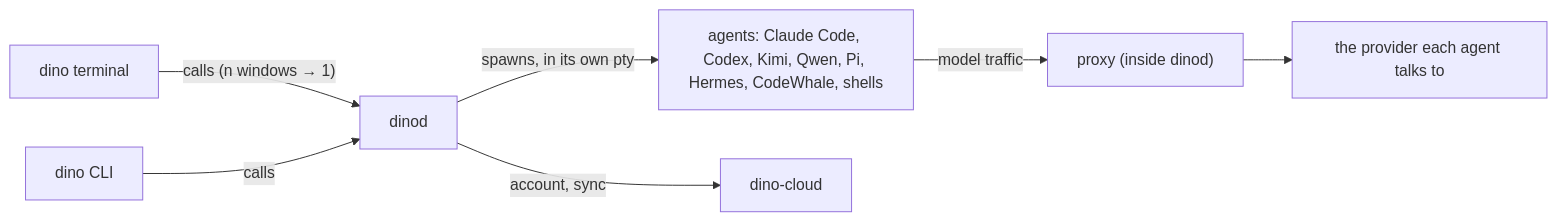
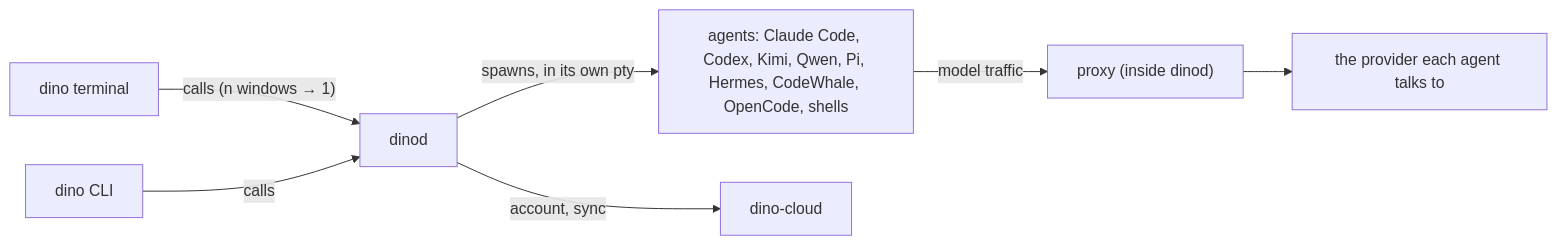
Before and after one commit to eddyflores100-lang/dino: the diagram in ARCHITECTURE.md, drawn with Mermaid. The commit also changed 15 other files, not shown here.

Commit message:
OpenCode: status from its own server, needs you on its permissions, resume, sessions on this Mac, take-over, modes and models, and provider routes

````diff
--- a/ARCHITECTURE.md
+++ b/ARCHITECTURE.md
@@ -33,9 +33,9 @@
 ```mermaid
 flowchart LR
   T["dino terminal"] -- "calls (n windows → 1)" --> D["dinod"]
   CLI["dino CLI"] -- "calls" --> D
-  D -- "spawns, in its own pty" --> A["agents: Claude Code, Codex, Kimi, Qwen, Pi, Hermes, CodeWhale, shells"]
+  D -- "spawns, in its own pty" --> A["agents: Claude Code, Codex, Kimi, Qwen, Pi, Hermes, CodeWhale, OpenCode, shells"]
   A -- "model traffic" --> P["proxy (inside dinod)"]
   P --> M["the provider each agent talks to"]
   D -- "account, sync" --> C["dino-cloud"]
 ```
````
